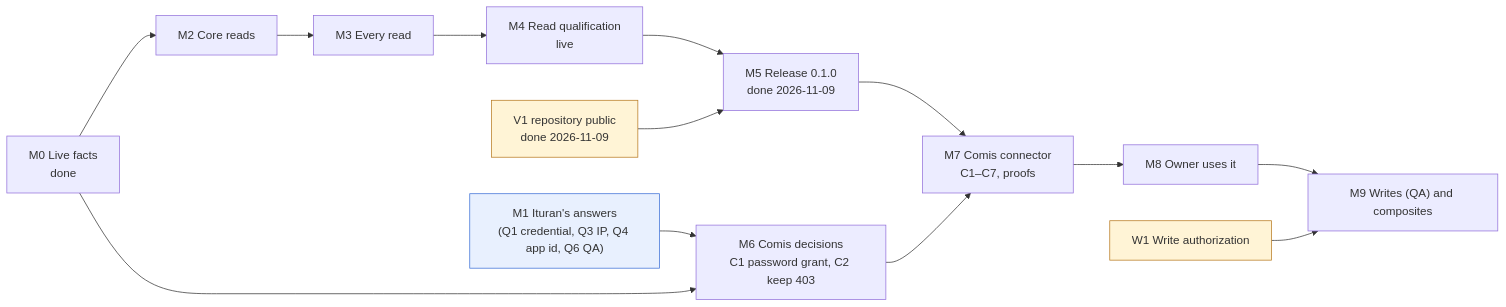
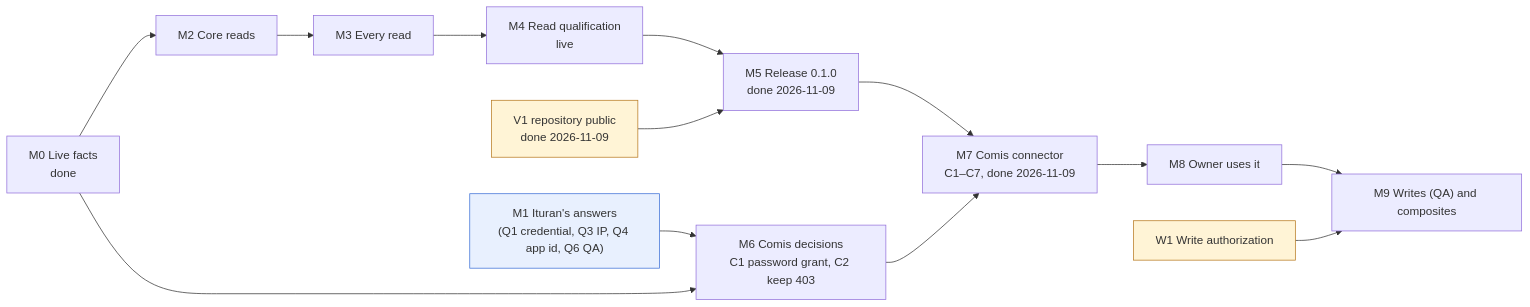
One commit to comisai/ituran-axi changed the first of 2 diagrams in docs/ituran-axi-master-plan.md. Above: the diagram before and after it, drawn with Mermaid. The commit also changed other lines of this file, not shown here.

First line of the commit message:
docs: record the Comis connector as complete

````diff
--- a/docs/ituran-axi-master-plan.md
+++ b/docs/ituran-axi-master-plan.md
@@ -76,17 +76,17 @@
 ```mermaid
 flowchart LR
   M0["M0 Live facts<br/>done"] --> M2["M2 Core reads"]
   M2 --> M3["M3 Every read"]
   M3 --> M4["M4 Read qualification<br/>live"]
   M4 --> M5["M5 Release 0.1.0<br/>done 2026-11-09"]
   V1["V1 repository public<br/>done 2026-11-09"]:::decision --> M5
   M1["M1 Ituran's answers<br/>(Q1 credential, Q3 IP, Q4 app id, Q6 QA)"]:::ext --> M6
   M0 --> M6["M6 Comis decisions<br/>C1 password grant, C2 keep 403"]
-  M5 --> M7["M7 Comis connector<br/>C1–C7, proofs"]
+  M5 --> M7["M7 Comis connector<br/>C1–C7, done 2026-11-09"]
   M6 --> M7
   M7 --> M8["M8 Owner uses it"]
   M8 --> M9["M9 Writes (QA) and composites"]
   W1["W1 Write authorization"]:::decision --> M9
   classDef decision fill:#fff4d6,stroke:#b7791f;
   classDef ext fill:#e8f0fe,stroke:#3b6fd6;
 ```
````
